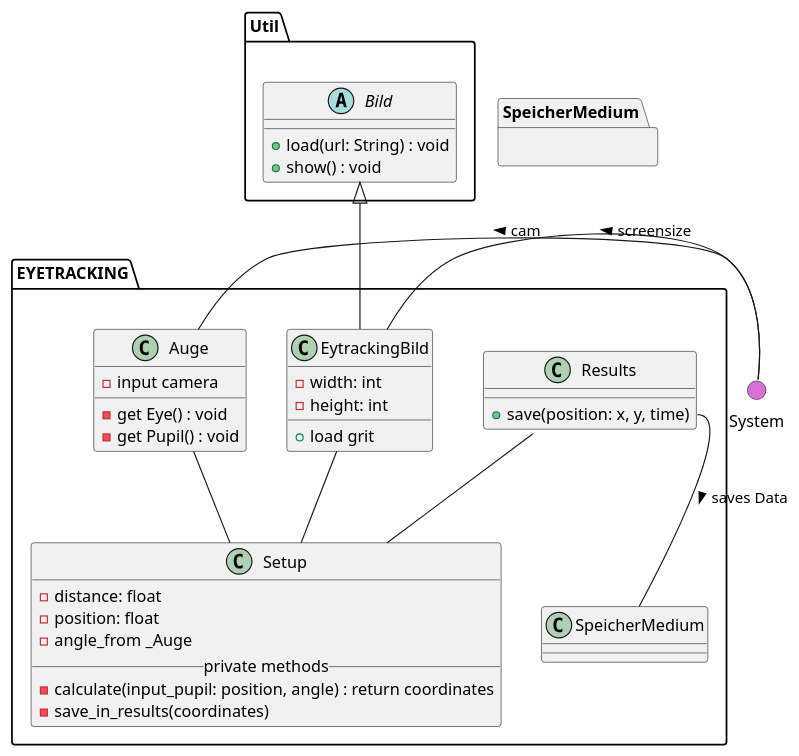
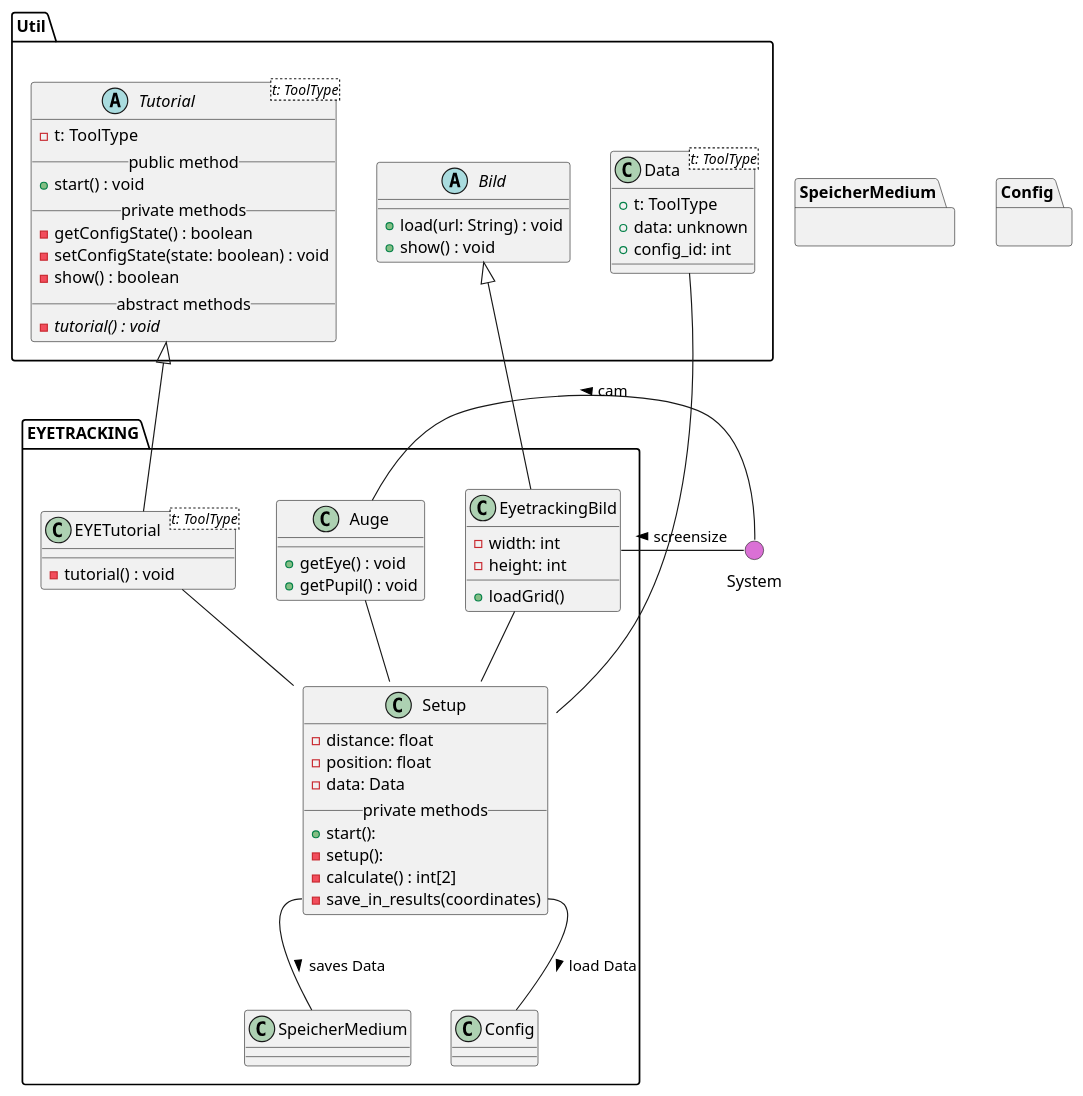
One commit to weichware10/meilensteine changed the diagram in meilenstein_03/uml-eyetracking/eyetracking.puml. Above: the diagram before and after it, drawn with PlantUML.

Commit message:
Update eyetracking.puml
Änderungen wie besprochen

```diff
--- a/meilenstein_03/uml-eyetracking/eyetracking.puml
+++ b/meilenstein_03/uml-eyetracking/eyetracking.puml
@@ -1,80 +1,105 @@
 @startuml
 ' skinparam backgroundColor transparent
 () System #DA70D5
 top to bottom direction
 
 
 package Util {
 
    
-
+ ' --- TUTORIAL ---
+    abstract Tutorial<t: ToolType> {
+      - t: ToolType
+      __public method__
+      + start() : void
+      __private methods__
+      - getConfigState() : boolean
+      - setConfigState(state: boolean) : void
+      - show() : boolean
+      __abstract methods__
+      - {abstract} tutorial() : void
+    }
   
 
 
     ' --- BILD ---
 
     abstract Bild {
       + load(url: String) : void
       + show() : void
+    }
+
+    class Data<t: ToolType> {
+        + t: ToolType
+        + data: unknown
+        + config_id: int
     }
 
   
 }
 
 
 ' === EYETRACKING ===
 package EYETRACKING {
 
     ' Auge
     class Auge {
-        - input camera
-        - get Eye() : void
-        - get Pupil() : void
+        + getEye() : void
+        + getPupil() : void
     }
 
-    ' EytrackingBild
-    class EytrackingBild {
+    ' EyetrackingBild
+    class EyetrackingBild {
         - width: int
         - height: int
         __
-        + load grit
+        + loadGrid()
     }
   
+   
+ ' --- EYETUTORIAL ---
+    class EYETutorial<t: ToolType> {
+      - tutorial() : void
+    }
+
+
     ' Setup
     class Setup {
         - distance: float
         - position: float
-        - angle_from _Auge
+        - data: Data
         __private methods__
-        - calculate(input_pupil: position, angle) : return coordinates
+        + start():
+        - setup():
+        - calculate() : int[2]
         - save_in_results(coordinates)
     }
 
-    ' Results
-    class Results {
-        + save(position: x, y, time)
-    }
-
+    
 
     ' Vererbungen
-    Results -- Setup
     Auge -- Setup
-    EytrackingBild -- Setup
-    Bild <|-- EytrackingBild
+    EyetrackingBild -- Setup
+    Bild <|-- EyetrackingBild
+    Tutorial <|-- EYETutorial
+    EYETutorial -- Setup
+    Data -- Setup
     
 
     
 
     ' Andere Module
-    Results::save -- SpeicherMedium : > saves Data 
-    EytrackingBild  -r- System : < screensize
+    Setup::save -- SpeicherMedium : > saves Data 
+    Setup::save -- Config : > load Data 
+    EyetrackingBild  -r- System : < screensize
     Auge -r- System : < cam
   
 }
 
 ' Blackboxen / Andere Module
 
 
 
 package SpeicherMedium {}
+package Config {}
 @enduml
```
